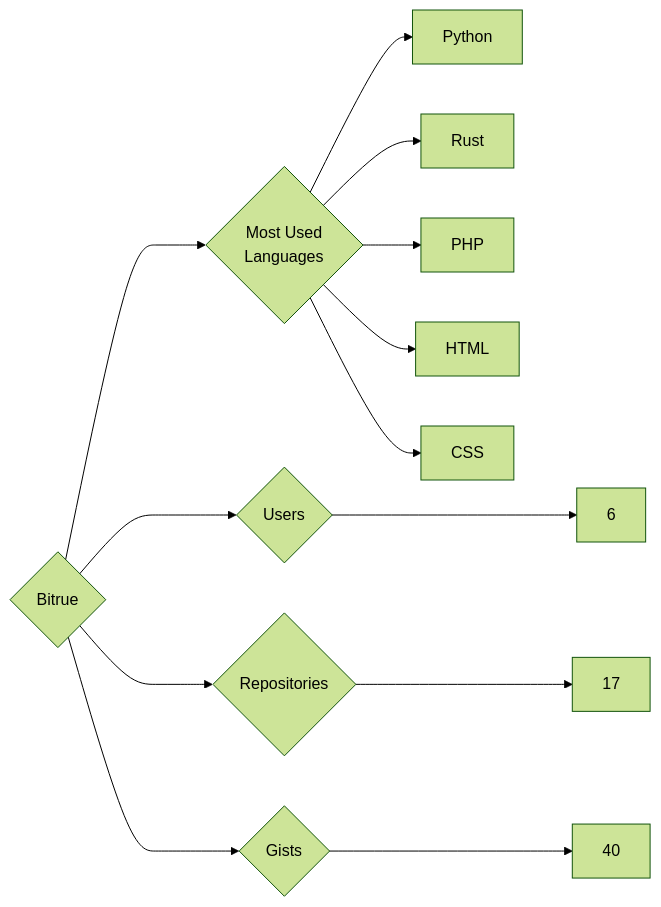
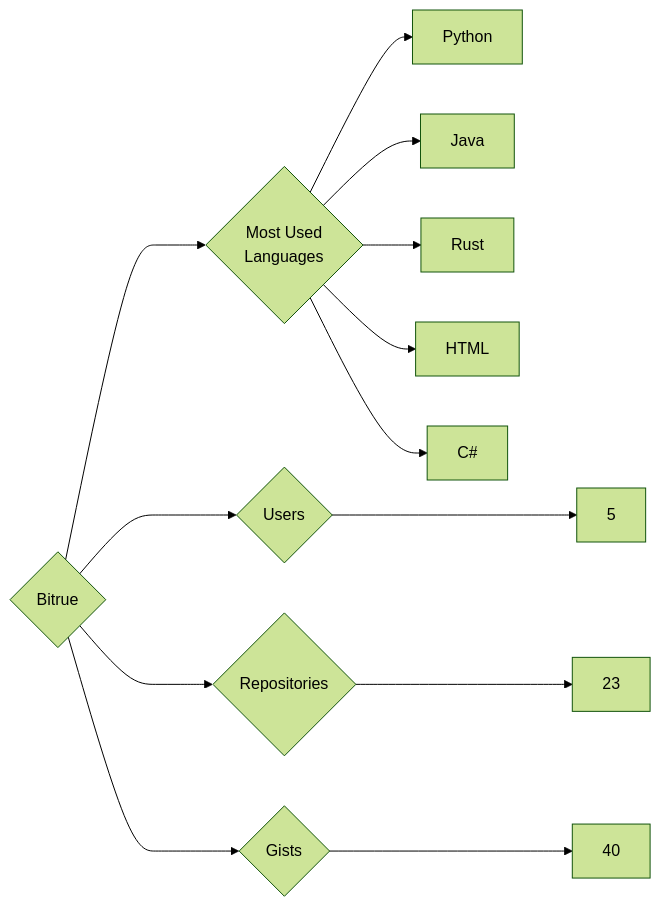
One commit to trickest/insiders changed the diagram in targets/Bitrue/README.md. Above: the diagram before and after it, drawn with Mermaid (forest theme). The commit also changed 933 other files, not shown here.

````diff
--- a/targets/Bitrue/README.md
+++ b/targets/Bitrue/README.md
@@ -3,13 +3,13 @@
 ```mermaid
 graph LR
 COMPANY_NAME{Bitrue}
-COMPANY_NAME ---> U{Users} ---> UN[6]
-COMPANY_NAME ---> R{Repositories} ---> RN[17]
+COMPANY_NAME ---> U{Users} ---> UN[5]
+COMPANY_NAME ---> R{Repositories} ---> RN[23]
 COMPANY_NAME ---> G{Gists} ---> GN[40]
 COMPANY_NAME ---> ML{Most Used<br>Languages}
 ML --> Python[Python]
+ML --> Java[Java]
 ML --> Rust[Rust]
-ML --> PHP[PHP]
 ML --> HTML[HTML]
-ML --> CSS[CSS]
+ML --> C#[C#]
 ```
````
